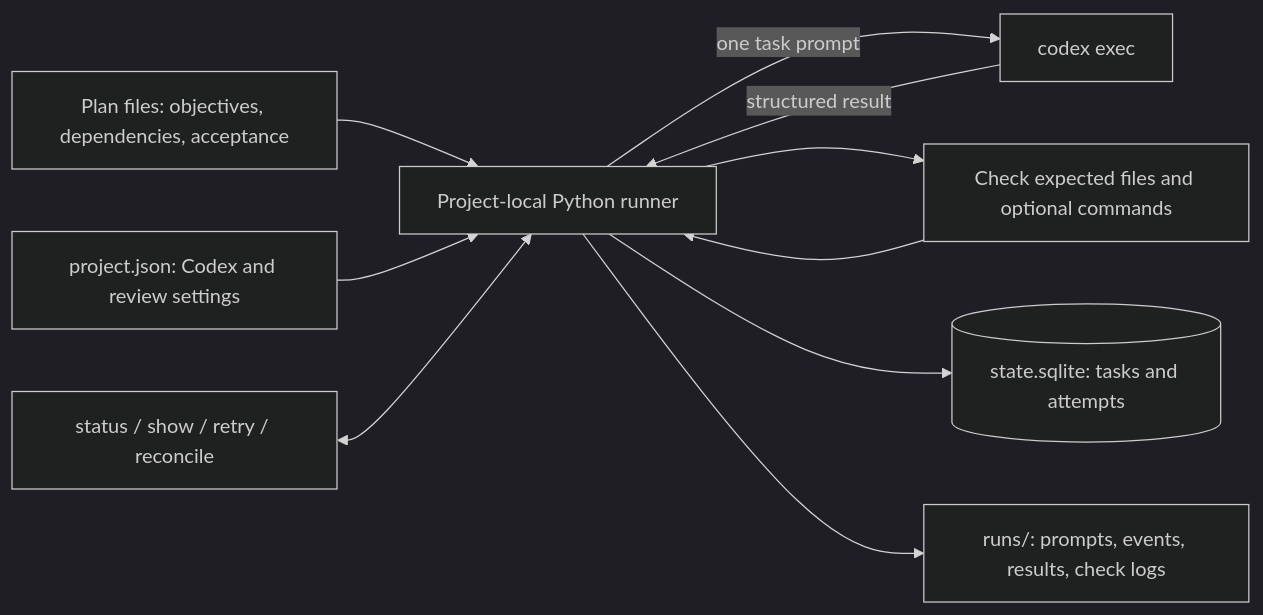
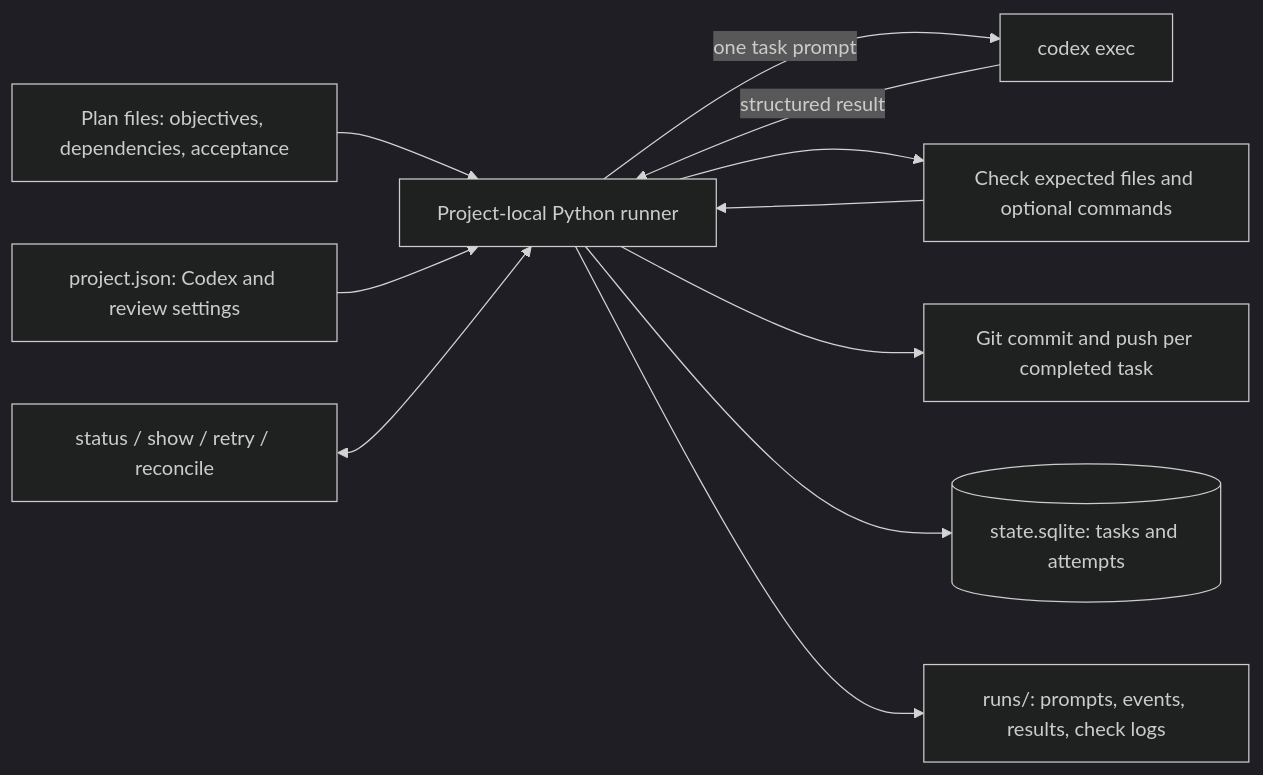
One commit to bingghost/autorun_codex changed the second of 2 diagrams in README.md. Above: the diagram before and after it, drawn with Mermaid (dark theme). The commit also changed other lines of this file and 18 other files, not shown here.

Commit message:
Automate per-task commits and pushes

````diff
--- a/README.md
+++ b/README.md
@@ -58,12 +59,13 @@
 ```mermaid
 flowchart LR
     P["Plan files: objectives, dependencies, acceptance"] --> R["Project-local Python runner"]
     C["project.json: Codex and review settings"] --> R
     R -->|"one task prompt"| X["codex exec"]
     X -->|"structured result"| R
     R --> V["Check expected files and optional commands"]
     V --> R
+    R --> G["Git commit and push per completed task"]
     R --> S[("state.sqlite: tasks and attempts")]
     R --> L["runs/: prompts, events, results, check logs"]
     Q["status / show / retry / reconcile"] <--> R
 ```
````
